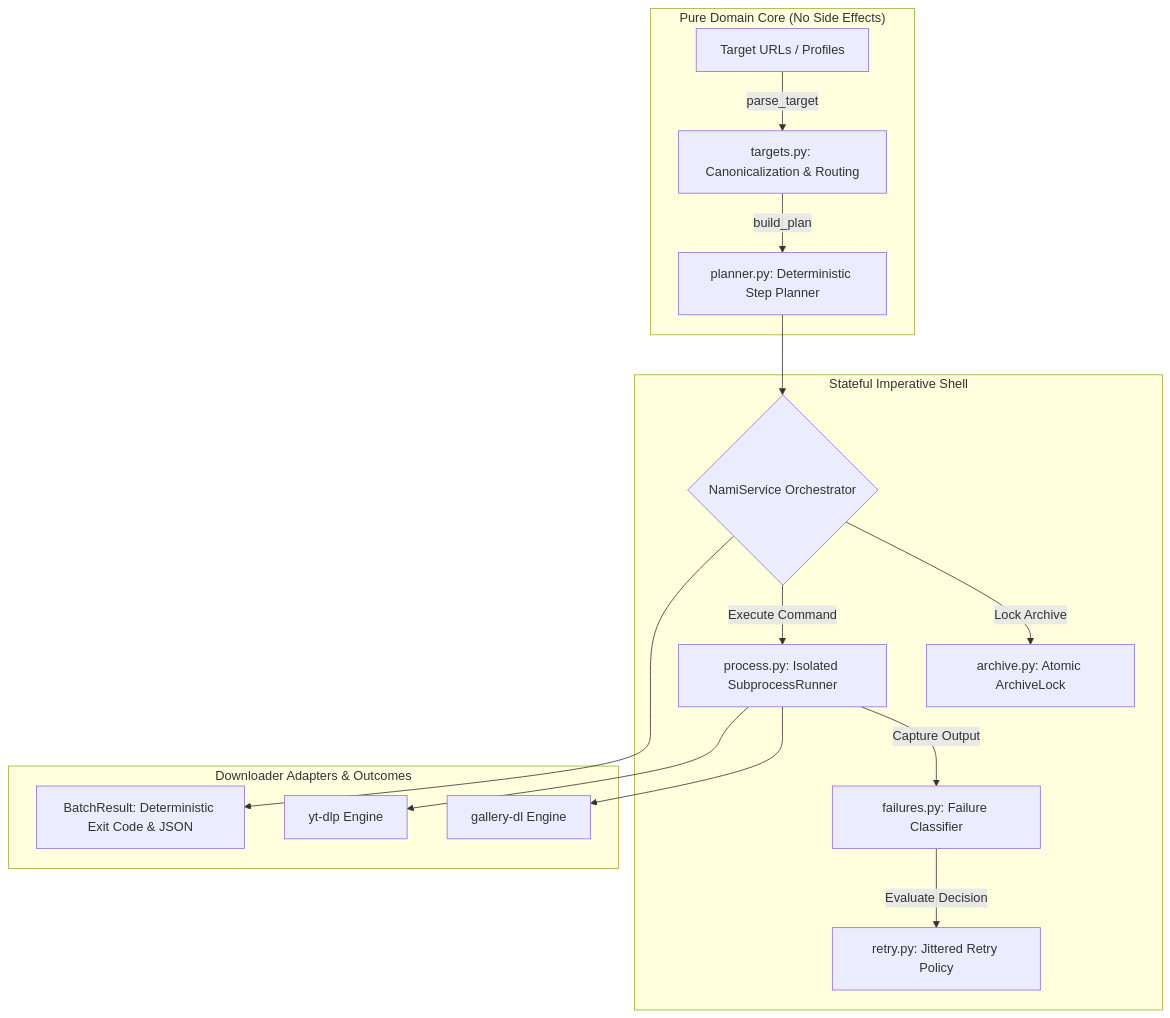
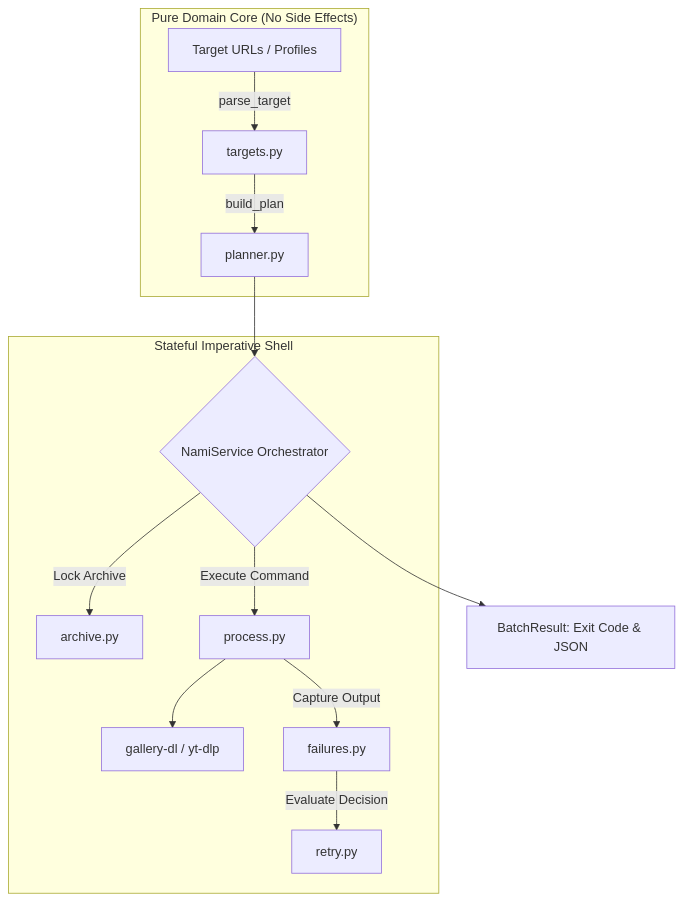
Before and after one commit to OpenSelena/nami: the diagram in README.md, drawn with Mermaid.

Commit message:
docs: fix mermaid diagram overflow by flattening subgraph layout

````diff
--- a/README.md
+++ b/README.md
@@ -54,21 +54,19 @@
 ```mermaid
 flowchart TD
-    subgraph Planning ["Pure Domain Core (No Side Effects)"]
-        A[Target URLs / Profiles] -->|parse_target| B[targets.py: Canonicalization & Routing]
-        B -->|build_plan| C[planner.py: Deterministic Step Planner]
+    subgraph Core ["Pure Domain Core (No Side Effects)"]
+        A[Target URLs / Profiles] -->|parse_target| B[targets.py]
+        B -->|build_plan| C[planner.py]
     end
 
-    subgraph Execution ["Stateful Imperative Shell"]
-        C --> D{NamiService Orchestrator}
-        D -->|Lock Archive| E[archive.py: Atomic ArchiveLock]
-        D -->|Execute Command| F[process.py: Isolated SubprocessRunner]
-        F -->|Capture Output| G[failures.py: Failure Classifier]
-        G -->|Evaluate Decision| H[retry.py: Jittered Retry Policy]
+    subgraph Shell ["Stateful Imperative Shell"]
+        D{NamiService Orchestrator}
+        D -->|Lock Archive| E[archive.py]
+        D -->|Execute Command| F[process.py]
+        F --> G[gallery-dl / yt-dlp]
+        F -->|Capture Output| H[failures.py]
+        H -->|Evaluate Decision| I[retry.py]
     end
 
-    subgraph Output ["Downloader Adapters & Outcomes"]
-        F --> I[gallery-dl Engine]
-        F --> J[yt-dlp Engine]
-        D --> K[BatchResult: Deterministic Exit Code & JSON]
-    end
+    C --> D
+    D --> J[BatchResult: Exit Code & JSON]
 ```
````
